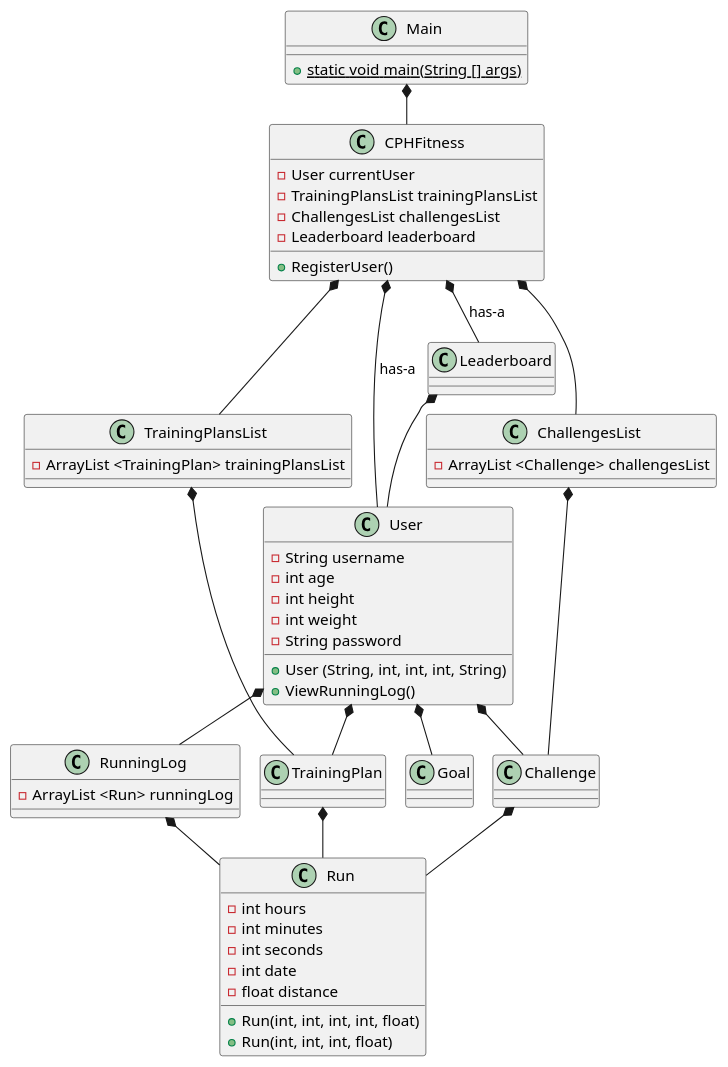
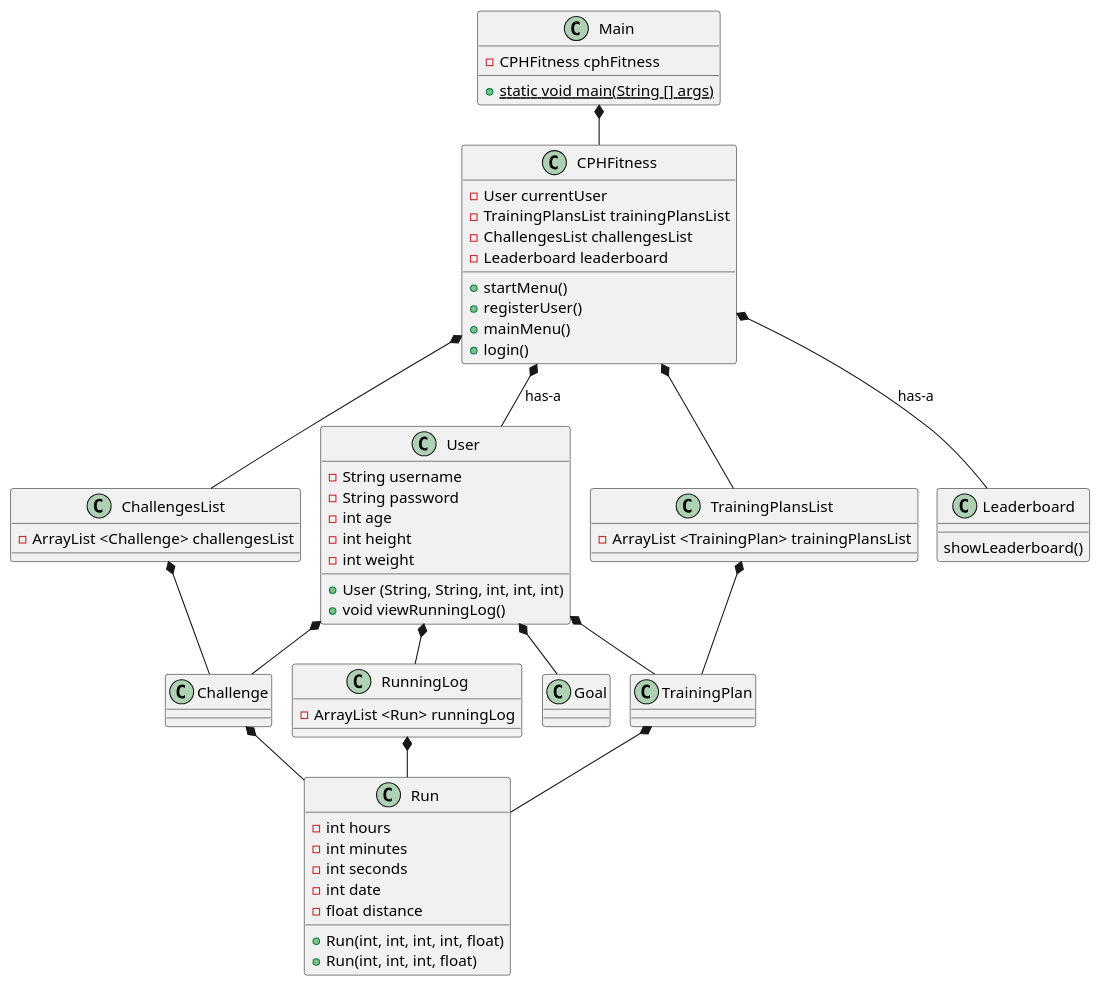
Before and after one commit to DavidK97/ICE-2024-Fitnesstracker: the diagram in doc/static/classdiagram.puml, drawn with PlantUML. The commit also changed 15 other files, not shown here.

```diff
--- a/doc/static/classdiagram.puml
+++ b/doc/static/classdiagram.puml
@@ -1,86 +1,92 @@
 @startuml
 'https://plantuml.com/sequence-diagram
 !pragma layout smetana
 
 class Main{
 {static}+ static void main(String [] args)
+- CPHFitness cphFitness
 }
 
 class CPHFitness{
 - User currentUser
 - TrainingPlansList trainingPlansList
 - ChallengesList challengesList
 - Leaderboard leaderboard
-+ RegisterUser()
++ startMenu()
++ registerUser()
++ mainMenu()
++ login()
+
 
 }
 
 class User{
-+ User (String, int, int, int, String)
++ User (String, String, int, int, int)
 - String username
+- String password
 - int age
 - int height
 - int weight
-- String password
-+ ViewRunningLog()
++ void viewRunningLog()
 }
 
 class Run{
 + Run(int, int, int, int, float)
 + Run(int, int, int, float)
 - int hours
 - int minutes
 - int seconds
 - int date
 - float distance
 }
 
 class ChallengesList{
 - ArrayList <Challenge> challengesList
 }
 
 class TrainingPlansList{
 - ArrayList <TrainingPlan> trainingPlansList
 }
 
 class RunningLog{
 - ArrayList <Run> runningLog
 }
 
 class Goal {
 
 }
 
 class Challenge {
 
 }
 
 class TrainingPlan {
 
 }
 
 class Leaderboard{
+showLeaderboard()
 
 }
 
 Main *--CPHFitness
 CPHFitness *-- User : has-a
 CPHFitness *-- Leaderboard : has-a
 CPHFitness *-- ChallengesList
 CPHFitness *-- TrainingPlansList
 
 ChallengesList *-- Challenge
 TrainingPlansList *-- TrainingPlan
 
 User *-- Goal
 User *-- Challenge
 User *-- TrainingPlan
 User *-- RunningLog
 
 RunningLog *-- Run
 Challenge *-- Run
 TrainingPlan *-- Run
 
-Leaderboard *-- User
+
 
 @enduml
```
